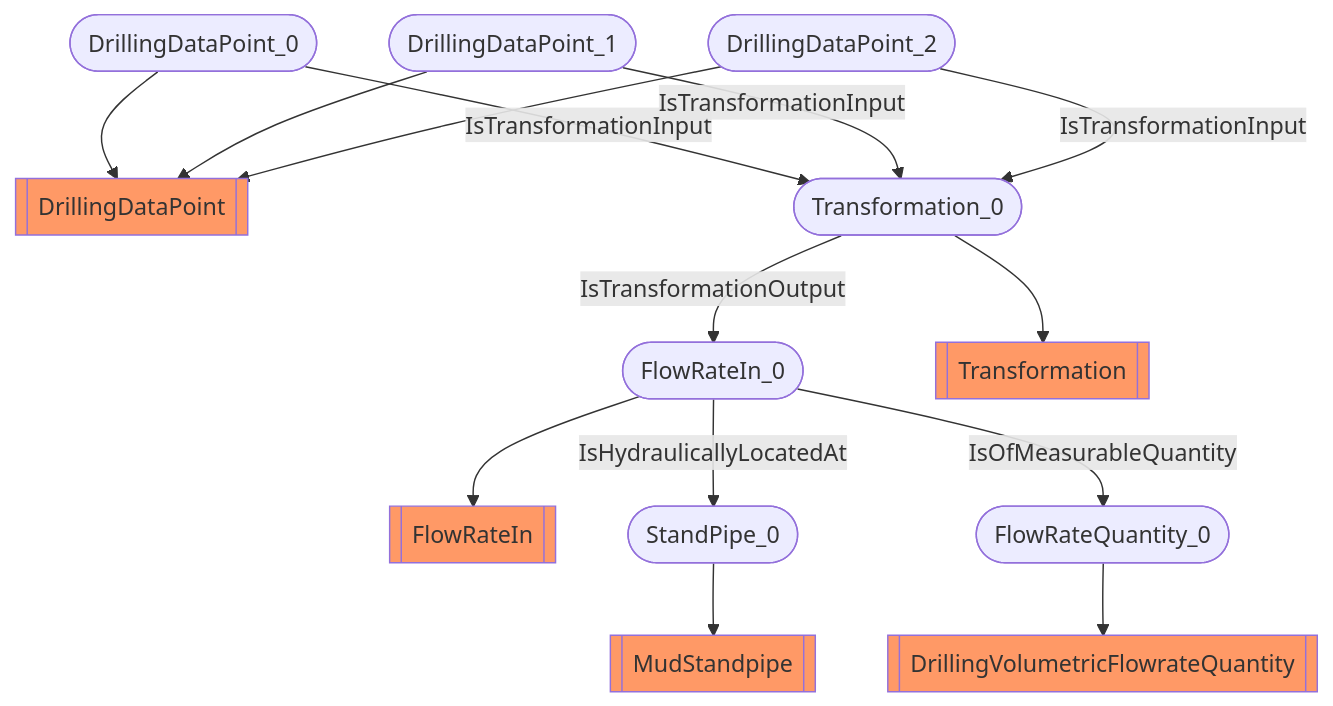
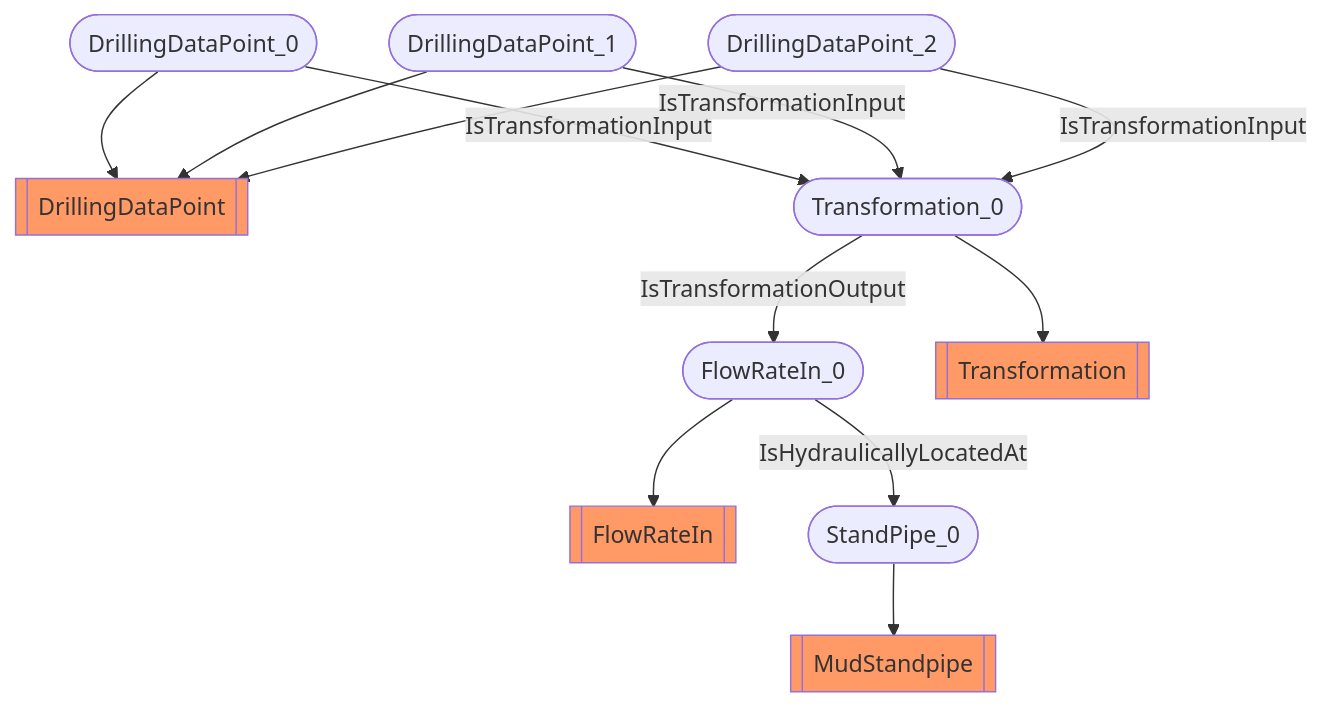
Before and after one commit to D-WIS/DDHub-Semantic-Interoperability: the diagram in docs/vocabulary_development/auto-generated/md/examples/Flow-rate aggregation.md, drawn with Mermaid. The commit also changed other lines of this file and 44 other files, not shown here.

````diff
--- a/docs/vocabulary_development/auto-generated/md/examples/Flow-rate aggregation.md
+++ b/docs/vocabulary_development/auto-generated/md/examples/Flow-rate aggregation.md
@@ -15,18 +13,16 @@
 ```mermaid
 flowchart TD
 	 classDef typeClass fill:#f96;
 	 classDef classClass fill:#9dd0ff;
 	FlowRateIn_0([FlowRateIn_0]) --> FlowRateIn[[FlowRateIn]]:::typeClass
 	StandPipe_0([StandPipe_0]) --> MudStandpipe[[MudStandpipe]]:::typeClass
-	FlowRateQuantity_0([FlowRateQuantity_0]) --> DrillingVolumetricFlowrateQuantity[[DrillingVolumetricFlowrateQuantity]]:::typeClass
 	DrillingDataPoint_0([DrillingDataPoint_0]) --> DrillingDataPoint[[DrillingDataPoint]]:::typeClass
 	Transformation_0([Transformation_0]) --> Transformation[[Transformation]]:::typeClass
 	DrillingDataPoint_1([DrillingDataPoint_1]) --> DrillingDataPoint[[DrillingDataPoint]]:::typeClass
 	DrillingDataPoint_2([DrillingDataPoint_2]) --> DrillingDataPoint[[DrillingDataPoint]]:::typeClass
 	 FlowRateIn_0 -- IsHydraulicallyLocatedAt --> StandPipe_0 
-	 FlowRateIn_0 -- IsOfMeasurableQuantity --> FlowRateQuantity_0 
 	 DrillingDataPoint_0 -- IsTransformationInput --> Transformation_0 
 	 DrillingDataPoint_1 -- IsTransformationInput --> Transformation_0 
 	 DrillingDataPoint_2 -- IsTransformationInput --> Transformation_0 
 	 Transformation_0 -- IsTransformationOutput --> FlowRateIn_0 
 ```
````
